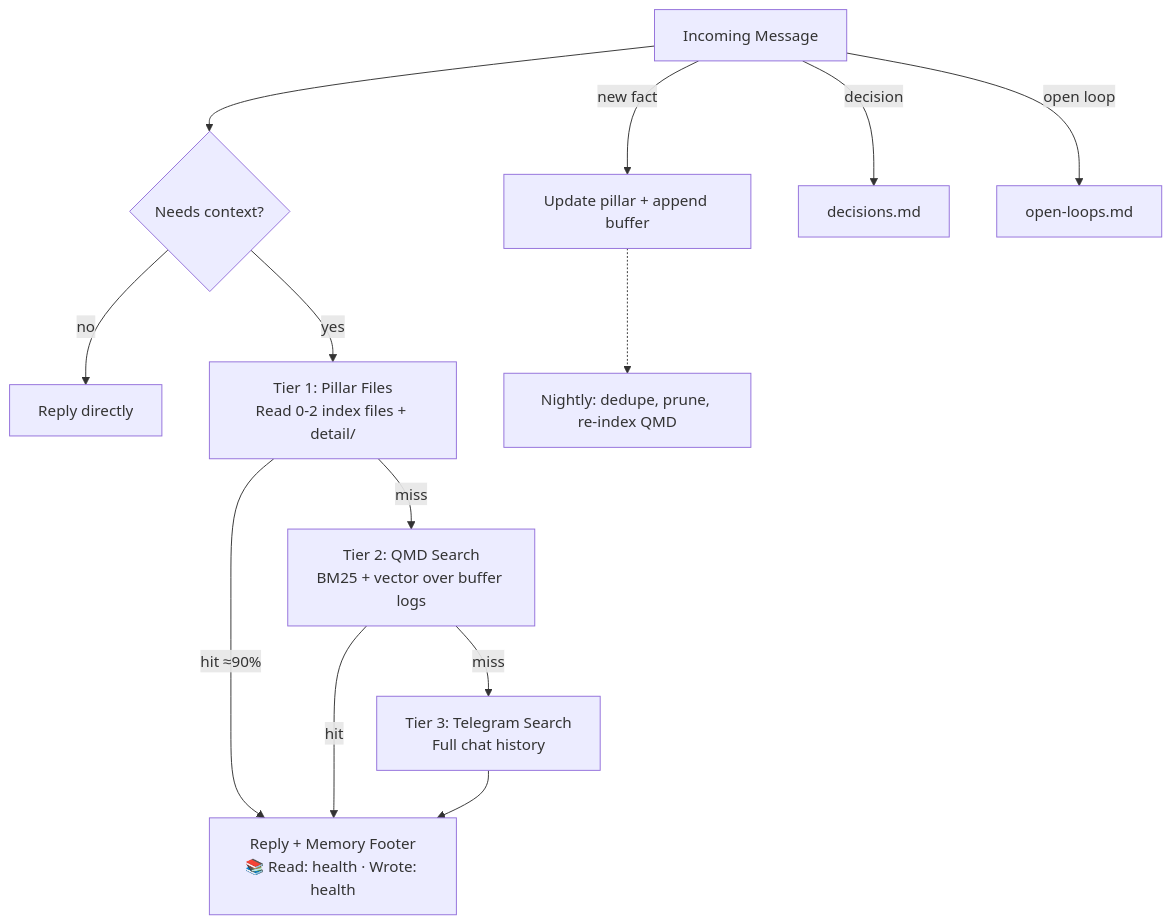
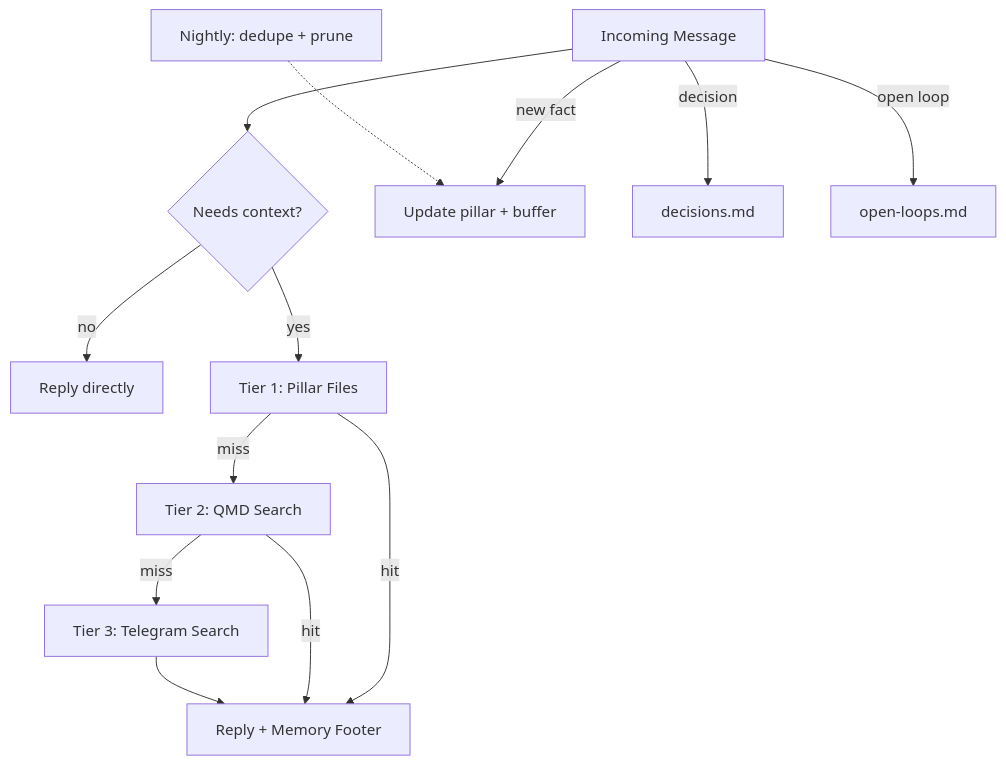
Before and after one commit to rhlsthrm/LeoClaw: the second of 2 diagrams in README.md, drawn with Mermaid. The commit also changed other lines of this file, not shown here.

````diff
--- a/README.md
+++ b/README.md
@@ -169,26 +188,19 @@
 ```mermaid
 flowchart TD
     MSG[Incoming Message] --> CLS{Needs context?}
     CLS -->|no| SKIP[Reply directly]
-    CLS -->|yes| T1
+    CLS -->|yes| T1[Tier 1: Pillar Files]
 
-    T1["Tier 1: Pillar Files\nRead 0-2 index files + detail/"]
-    T1 -->|"hit ≈90%"| REPLY
-    T1 -->|miss| T2
+    T1 -->|hit| REPLY[Reply + Memory Footer]
+    T1 -->|miss| T2[Tier 2: QMD Search]
 
-    T2["Tier 2: QMD Search\nBM25 + vector over buffer logs"]
     T2 -->|hit| REPLY
-    T2 -->|miss| T3
-
-    T3["Tier 3: Telegram Search\nFull chat history"]
+    T2 -->|miss| T3[Tier 3: Telegram Search]
     T3 --> REPLY
 
-    REPLY["Reply + Memory Footer\n📚 Read: health · Wrote: health"]
-
-    MSG -->|new fact| WRITE[Update pillar + append buffer]
+    MSG -->|new fact| WRITE[Update pillar + buffer]
     MSG -->|decision| DEC[decisions.md]
     MSG -->|open loop| OL[open-loops.md]
 
-    NIGHT["Nightly: dedupe, prune, re-index QMD"]
-    WRITE -.-> NIGHT
+    NIGHT[Nightly: dedupe + prune] -.-> WRITE
 ```
````
